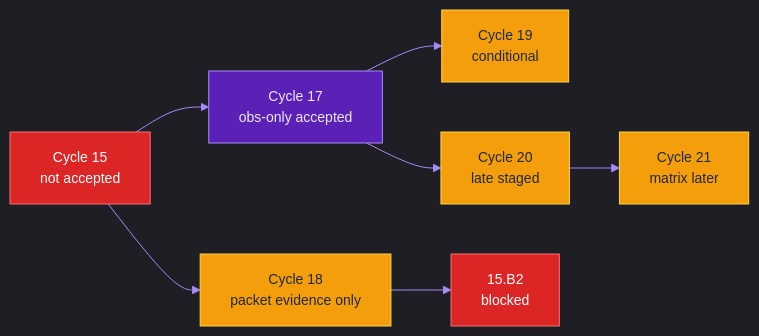
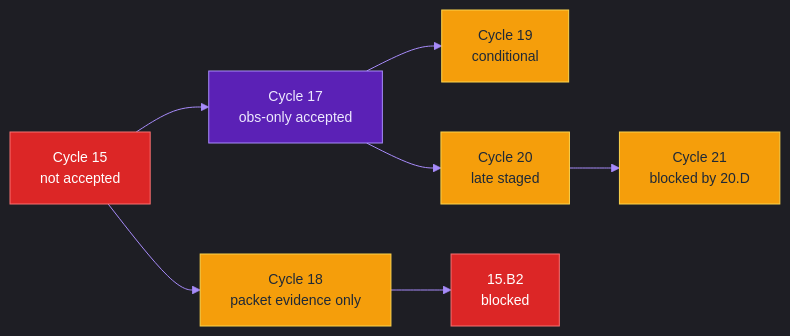
Before and after one commit to ahmedelbamby-aast/Grad-Project-Docs: the diagram in docs/four_agent_cycle_coordination_board.md, drawn with Mermaid. The commit also changed other lines of this file and 24 other files, not shown here.

````diff
--- a/docs/four_agent_cycle_coordination_board.md
+++ b/docs/four_agent_cycle_coordination_board.md
@@ -110,18 +110,18 @@
 ```mermaid
 %%{init: {'theme': 'dark', 'themeVariables': {'primaryColor': '#7C3AED', 'primaryTextColor': '#EDE9FE', 'primaryBorderColor': '#A78BFA', 'lineColor': '#A78BFA', 'secondaryColor': '#1E3A8A', 'tertiaryColor': '#5B21B6', 'fontSize': '14px'}}}%%
 flowchart LR
     C15["Cycle 15<br/>not accepted"] --> C17["Cycle 17<br/>obs-only accepted"]
     C15 --> C18["Cycle 18<br/>packet evidence only"]
     C17 --> C19["Cycle 19<br/>conditional"]
     C17 --> C20["Cycle 20<br/>late staged"]
-    C20 --> C21["Cycle 21<br/>matrix later"]
+C20 --> C21["Cycle 21<br/>blocked by 20.D"]
     C18 --> B15["15.B2<br/>blocked"]
     classDef prod fill:#5B21B6,stroke:#A78BFA,color:#EDE9FE;
     classDef store fill:#1E3A8A,stroke:#60A5FA,color:#DBEAFE;
     classDef warn fill:#F59E0B,stroke:#FCD34D,color:#1F2937;
     classDef fail fill:#DC2626,stroke:#F87171,color:#FFFFFF;
     classDef ok fill:#16A34A,stroke:#86EFAC,color:#053B17;
     class C17 prod;
     class C15,B15 fail;
     class C18,C19,C20,C21 warn;
 ```
````
